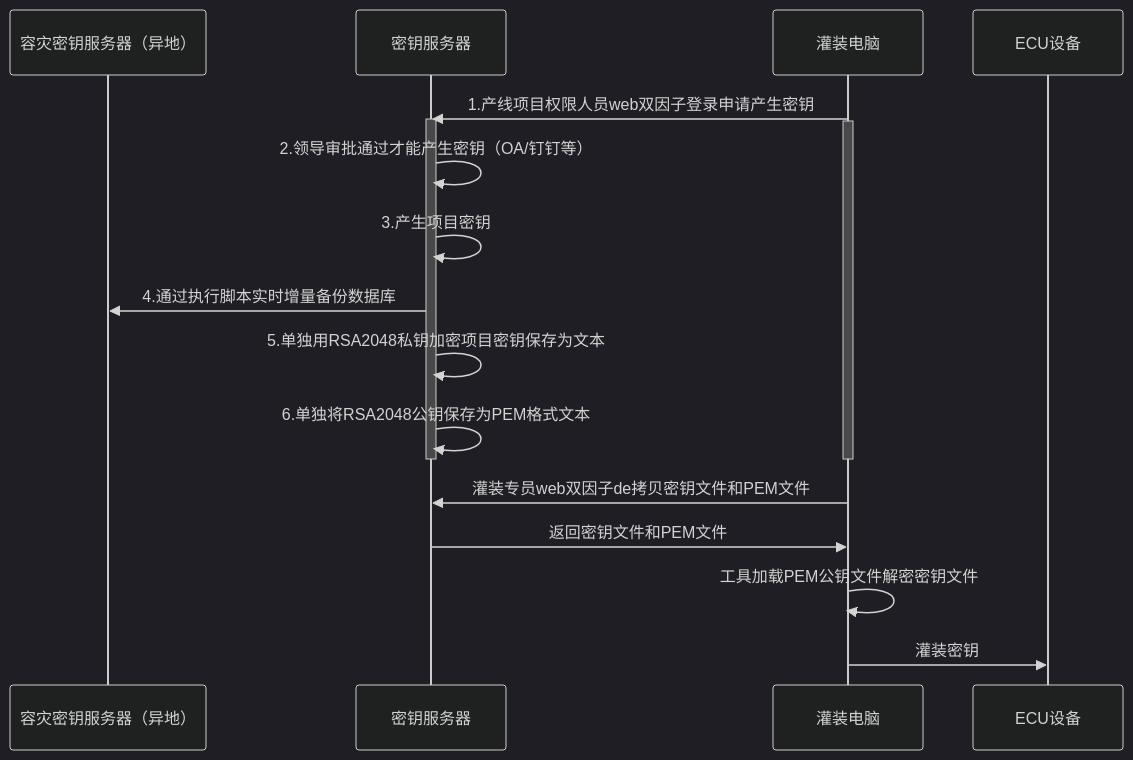
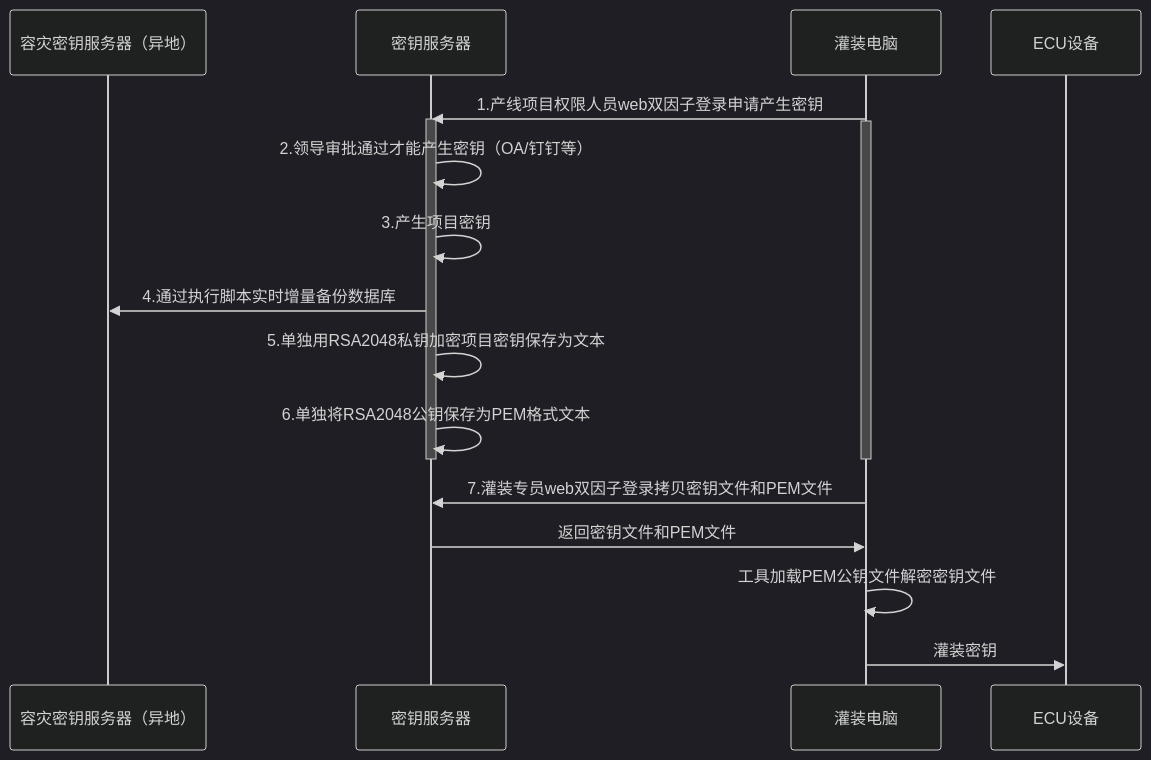
One commit to facebook-cloud/iodraw-files changed the diagram in all/未命名-15.md. Above: the diagram before and after it, drawn with Mermaid (dark theme).

Commit message:
2026-02-11 19:50:07 update

````diff
--- a/all/未命名-15.md
+++ b/all/未命名-15.md
@@ -1,25 +1,25 @@
 ```mermaid
 sequenceDiagram
     participant A as 容灾密钥服务器（异地）
     participant B as 密钥服务器
     participant D as 灌装电脑
     participant E as ECU设备
 
     
     D->>B: 1.产线项目权限人员web双因子登录申请产生密钥
     activate B
     activate D
     B->>B: 2.领导审批通过才能产生密钥（OA/钉钉等）
     B->>B: 3.产生项目密钥
     B->>A: 4.通过执行脚本实时增量备份数据库
     B->>B: 5.单独用RSA2048私钥加密项目密钥保存为文本
     B->>B: 6.单独将RSA2048公钥保存为PEM格式文本
     deactivate B
     deactivate D
 
     
-    D->>B: 灌装专员web双因子de拷贝密钥文件和PEM文件
+    D->>B: 7.灌装专员web双因子登录拷贝密钥文件和PEM文件
     B->>D: 返回密钥文件和PEM文件
     D->>D:工具加载PEM公钥文件解密密钥文件
     D->>E: 灌装密钥
 ```
````
